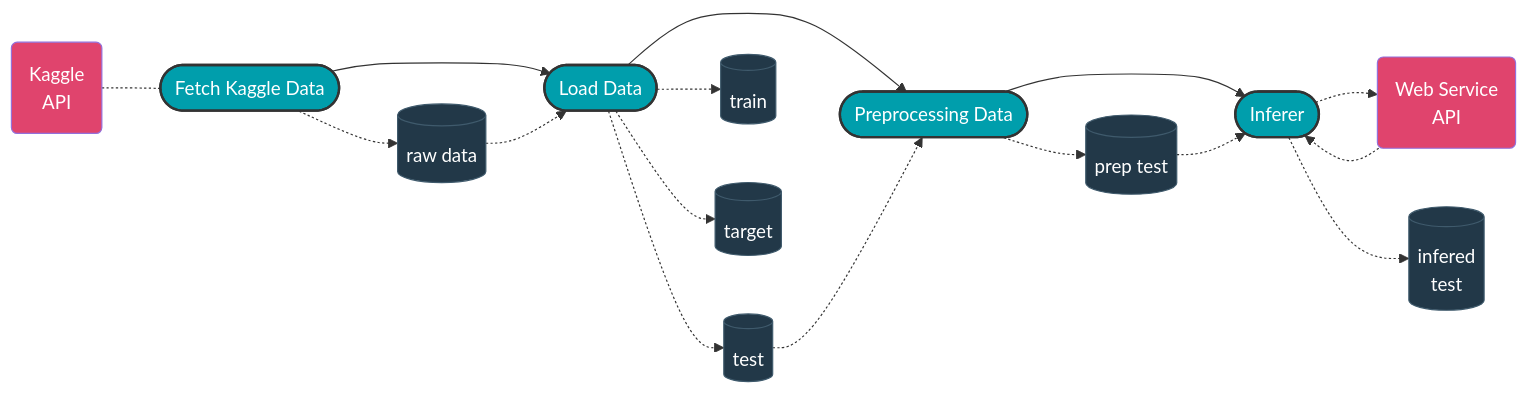
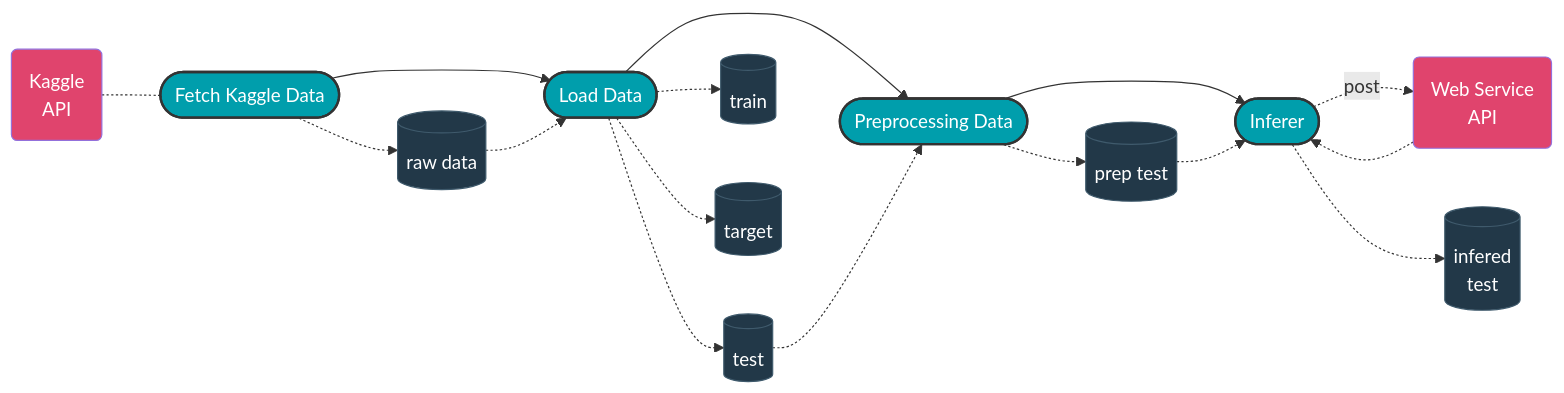
Before and after one commit to jordandelbar/titanic-kaggle: the third of 3 diagrams in README.md, drawn with Mermaid. The commit also changed other lines of this file, not shown here.

````diff
--- a/README.md
+++ b/README.md
@@ -193,76 +194,76 @@
 ```mermaid
 flowchart LR
 
 %% Flow definitions
 fetch_data_kaggle([Fetch Kaggle Data])
 loader([Load Data])
 preprocessor([Preprocessing Data])
 inferer([Inferer])
 
 %% Data definitions
 raw_data[(raw data)]
 test[(test)]
 train[(train)]
 target[(target)]
 test_preprocessed[(prep test)]
 test_infered[(infered<br>test)]
 
 %% artifacts definitions
 
 %% Server definitions
 kaggle(Kaggle<br>API)
 web_service(Web Service<br>API)
 
 %% Flow relationships
 fetch_data_kaggle --> loader
 loader --> preprocessor
 preprocessor --> inferer
 
 %% Data relationships
 fetch_data_kaggle .-> raw_data
 raw_data .-> loader
 loader .-> train
 loader .-> target
 loader .-> test
 test .-> preprocessor
 preprocessor .-> test_preprocessed
 test_preprocessed .-> inferer
-inferer .-> web_service
+inferer .->|post| web_service
 web_service .-> inferer
 inferer .-> test_infered
 
 %% Artifacts relationships
 
 %% Server relationship
 kaggle -.- fetch_data_kaggle
 
 %% Color definitions
 classDef step fill:#009EAC,stroke:#333,stroke-width:2px,color:#fff;
 classDef data fill:#223848,stroke:#3F5A6C,color:#fff;
 classDef artifact fill:#615E9C,color:#fff;
 classDef server fill:#E0446D,color:#fff;
 
 %% Colors
     %% Steps
     class fetch_data_kaggle step;
     class loader step;
     class preprocessor step;
     class inferer step;
 
     %% Data
     class raw_data data;
     class train data;
     class target data;
     class test data;
     class test_preprocessed data;
     class test_infered data;
 
     %% Artifacts
     class target_definition artifact
     class trained_model artifact
     class metrics artifact
 
     %% Server
     class kaggle server
     class web_service server
 ```
````
